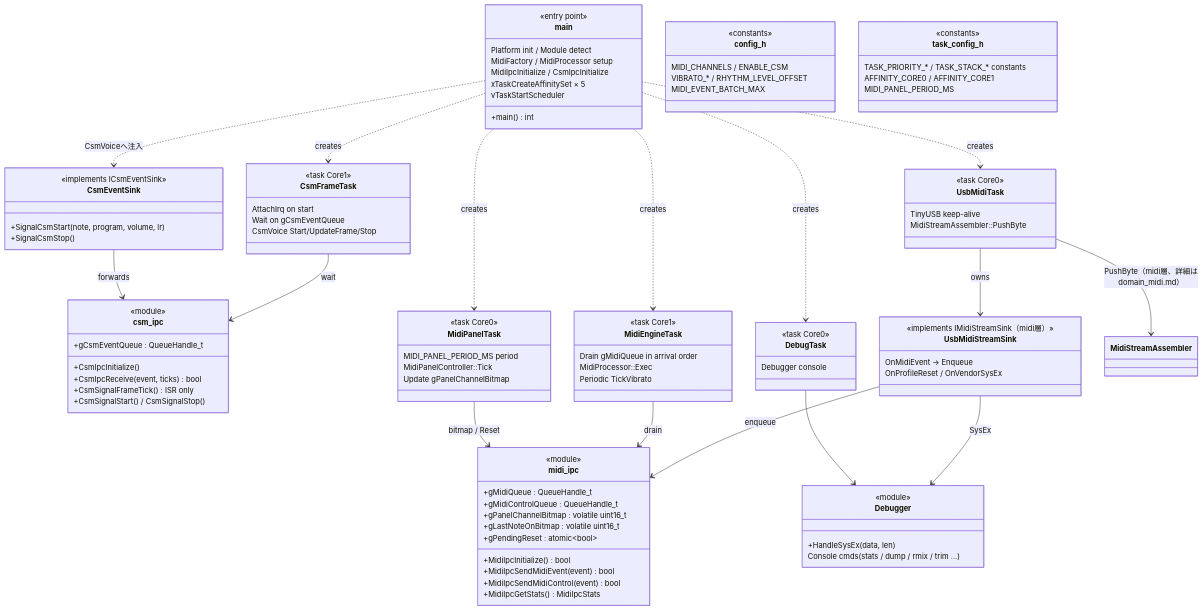
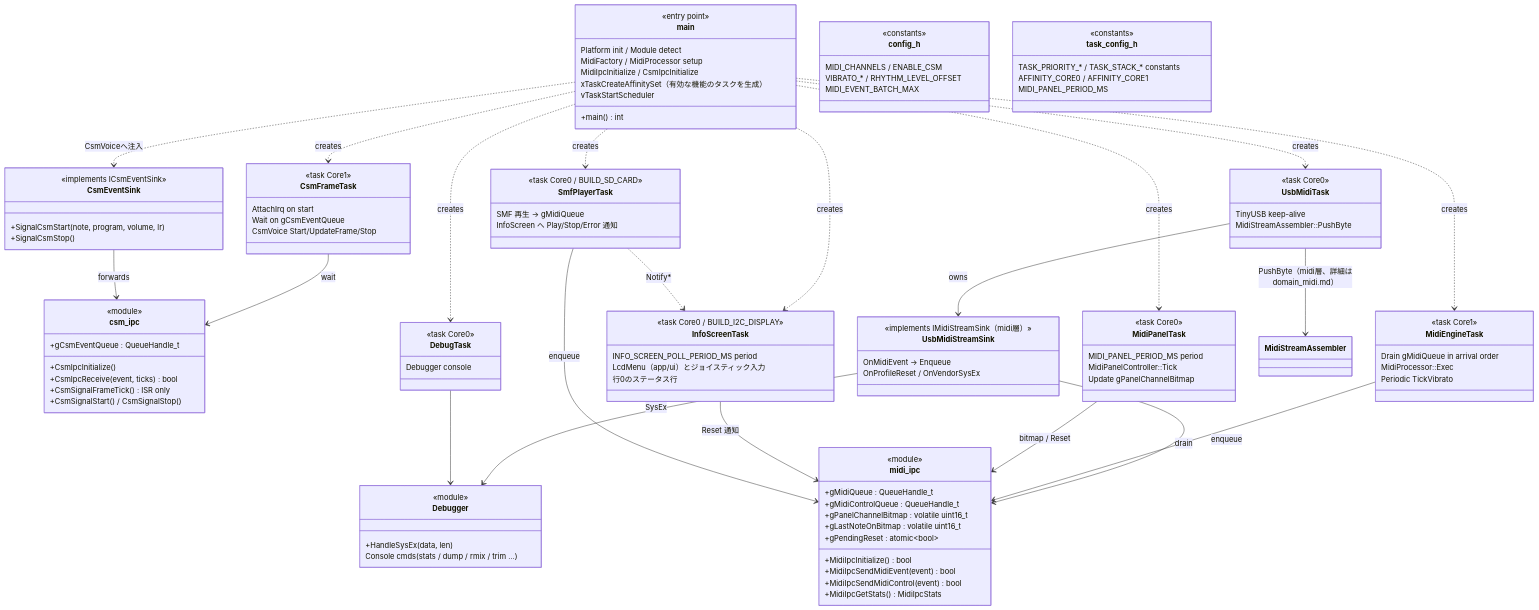
The diagram in doc/domain/domain_app.md (46nori/FMSynthEnsembleV3), drawn with Mermaid before and after one commit. The commit also changed other lines of this file and 65 other files, not shown here.

```diff
--- a/doc/domain/domain_app.md
+++ b/doc/domain/domain_app.md
@@ -16,7 +16,7 @@
         Platform init / Module detect
         MidiFactory / MidiProcessor setup
         MidiIpcInitialize / CsmIpcInitialize
-        xTaskCreateAffinitySet × 5
+        xTaskCreateAffinitySet（有効な機能のタスクを生成）
         vTaskStartScheduler
     }
 
@@ -86,6 +86,19 @@
         Debugger console
     }
 
+    class SmfPlayerTask {
+        <<task Core0 / BUILD_SD_CARD>>
+        SMF 再生 → gMidiQueue
+        InfoScreen へ Play/Stop/Error 通知
+    }
+
+    class InfoScreenTask {
+        <<task Core0 / BUILD_I2C_DISPLAY>>
+        INFO_SCREEN_POLL_PERIOD_MS period
+        LcdMenu（app/ui）とジョイスティック入力
+        行0のステータス行
+    }
+
     class Debugger {
         <<module>>
         +HandleSysEx(data, len)
@@ -111,11 +124,16 @@
     main ..> MidiPanelTask : creates
     main ..> CsmFrameTask : creates
     main ..> DebugTask : creates
+    main ..> SmfPlayerTask : creates
+    main ..> InfoScreenTask : creates
     UsbMidiTask --> UsbMidiStreamSink : owns
     UsbMidiTask --> MidiStreamAssembler : PushByte（midi層、詳細はdomain_midi.md）
     UsbMidiStreamSink --> midi_ipc : enqueue
     MidiEngineTask --> midi_ipc : drain
     MidiPanelTask --> midi_ipc : bitmap / Reset
+    InfoScreenTask --> midi_ipc : Reset 通知
+    SmfPlayerTask --> midi_ipc : enqueue
+    SmfPlayerTask ..> InfoScreenTask : Notify*
     CsmFrameTask --> csm_ipc : wait
     CsmEventSink --> csm_ipc : forwards
     main ..> CsmEventSink : CsmVoiceへ注入
```
